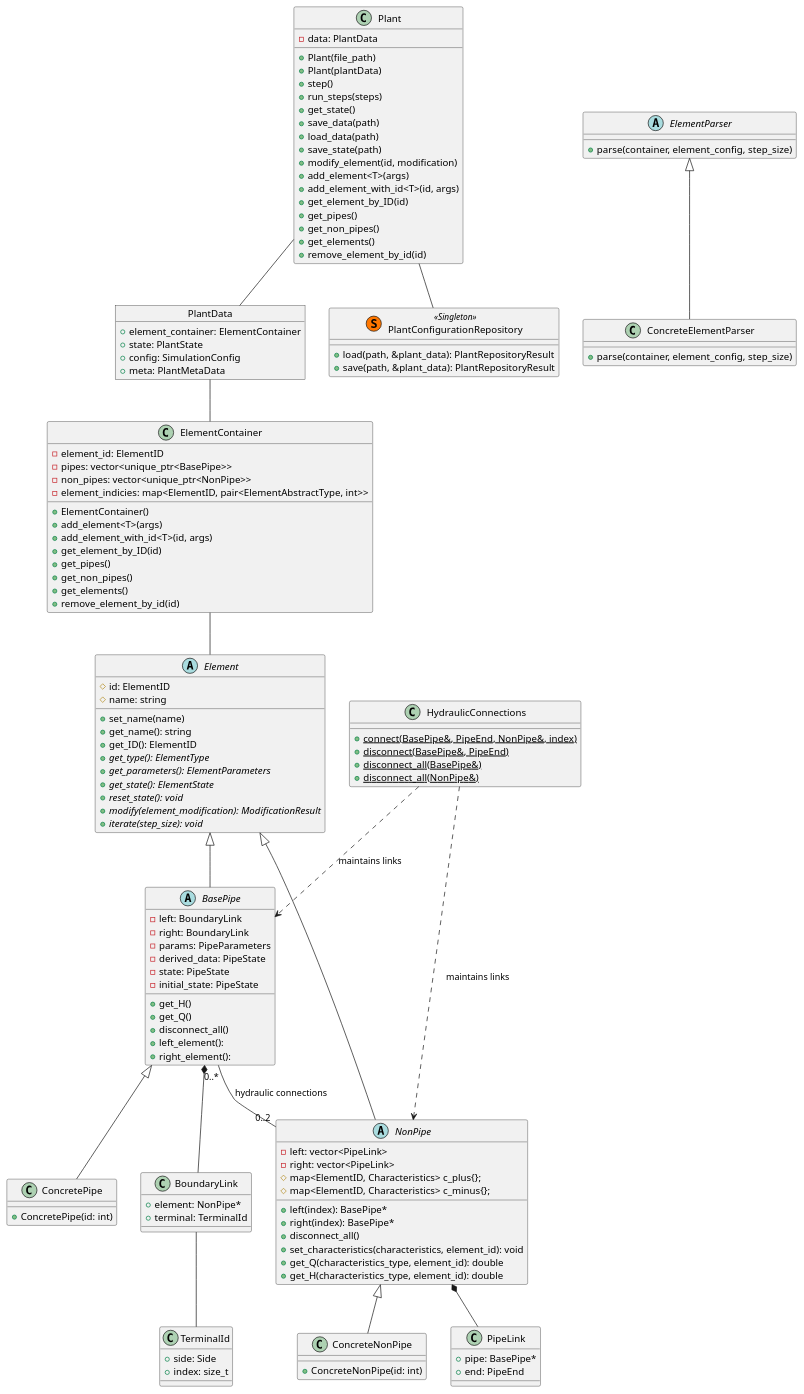
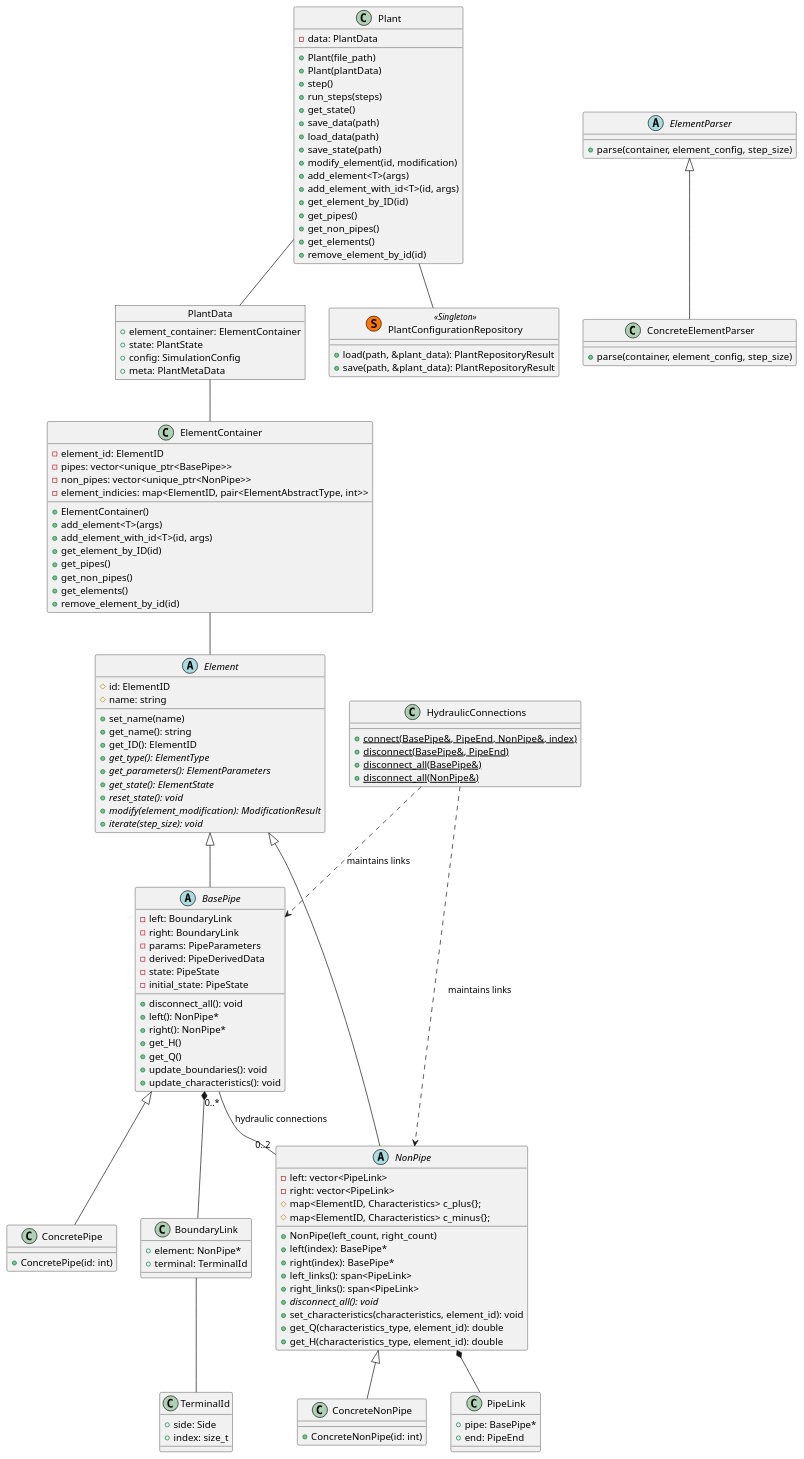
The diagram in assets/system_architecture.puml (LVTrans/LVTransCore), drawn with PlantUML before and after one commit. The commit also changed 13 other files, not shown here.

```diff
--- a/assets/system_architecture.puml
+++ b/assets/system_architecture.puml
@@ -1,160 +1,165 @@
 @startuml
 
 abstract class Element {
   # id: ElementID
   # name: string
   + set_name(name)
   + get_name(): string
   + get_ID(): ElementID
   + get_type(): ElementType {abstract}
   + get_parameters(): ElementParameters {abstract}
   + get_state(): ElementState {abstract}
   + reset_state(): void {abstract}
   + modify(element_modification): ModificationResult {abstract}
   + iterate(step_size): void {abstract}
 
 }
 
 abstract class NonPipe {
+  + NonPipe(left_count, right_count)
   - left: vector<PipeLink>
   - right: vector<PipeLink>
   # map<ElementID, Characteristics> c_plus{};
   # map<ElementID, Characteristics> c_minus{};
   + left(index): BasePipe*
   + right(index): BasePipe*
-  + disconnect_all()
+  + left_links(): span<PipeLink>
+  + right_links(): span<PipeLink>
+  + disconnect_all(): void {abstract}
   + set_characteristics(characteristics, element_id): void
   + get_Q(characteristics_type, element_id): double
   + get_H(characteristics_type, element_id): double
 
 }
 
 abstract class BasePipe {
   - left: BoundaryLink
   - right: BoundaryLink
   - params: PipeParameters
-  - derived_data: PipeState
+  - derived: PipeDerivedData
   - state: PipeState
   - initial_state: PipeState
+  + disconnect_all(): void 
+  + left(): NonPipe*
+  + right(): NonPipe*
   + get_H()
   + get_Q()
-  + disconnect_all()
-  + left_element(): 
-  + right_element(): 
+  + update_boundaries(): void
+  + update_characteristics(): void
 }
 
 class ConcreteNonPipe  {
   + ConcreteNonPipe(id: int)
 }
 
 class ConcretePipe {
   + ConcretePipe(id: int)
 }
 
 
 class Plant {
   - data: PlantData
   + Plant(file_path)
   + Plant(plantData)
   + step()
   + run_steps(steps)
   + get_state()
   + save_data(path)
   + load_data(path)
   + save_state(path)
   + modify_element(id, modification)
   + add_element<T>(args)
   + add_element_with_id<T>(id, args)
   + get_element_by_ID(id)
   + get_pipes()
   + get_non_pipes()
   + get_elements()
   + remove_element_by_id(id)
 }
 
 
 object PlantData {
   + element_container: ElementContainer
   + state: PlantState
   + config: SimulationConfig
   + meta: PlantMetaData
 }
 
 
 class ElementContainer {
   - element_id: ElementID
   - pipes: vector<unique_ptr<BasePipe>>
   - non_pipes: vector<unique_ptr<NonPipe>>
   - element_indicies: map<ElementID, pair<ElementAbstractType, int>>
   + ElementContainer()
   + add_element<T>(args)
   + add_element_with_id<T>(id, args)
   + get_element_by_ID(id)
   + get_pipes()
   + get_non_pipes()
   + get_elements()
   + remove_element_by_id(id)
 }
 
 
 class PlantConfigurationRepository << (S,#FF7700) Singleton >> {
   + load(path, &plant_data): PlantRepositoryResult
   + save(path, &plant_data): PlantRepositoryResult
 }
 
 abstract class ElementParser {
   + parse(container, element_config, step_size)
 }
 
 class ConcreteElementParser {
   + parse(container, element_config, step_size)
 }
 
 
 
 
 class HydraulicConnections {
   {static} + connect(BasePipe&, PipeEnd, NonPipe&, index)
   {static} + disconnect(BasePipe&, PipeEnd)
   {static} + disconnect_all(BasePipe&)
   {static} + disconnect_all(NonPipe&)
 }
 
 class BoundaryLink {
   + element: NonPipe*
   + terminal: TerminalId
 }
 class PipeLink {
   + pipe: BasePipe*
   + end: PipeEnd
 }
 class TerminalId {
   + side: Side
   + index: size_t
 }
 
 ' Relations
 HydraulicConnections ..> BasePipe : maintains links
 HydraulicConnections ..> NonPipe : maintains links
 BasePipe *-- BoundaryLink
 NonPipe *-- PipeLink
 BoundaryLink -- TerminalId
 Plant -- PlantData
 
 Element <|-- NonPipe
 Element <|-- BasePipe
 
 NonPipe <|-- ConcreteNonPipe
 BasePipe <|-- ConcretePipe
 BasePipe "0..*" -- "0..2" NonPipe : hydraulic connections
 
 
 ElementParser <|-- ConcreteElementParser
 
 
 ElementContainer -- Element
 
 PlantData -- ElementContainer
 Plant -- PlantConfigurationRepository
 
 @enduml
```
